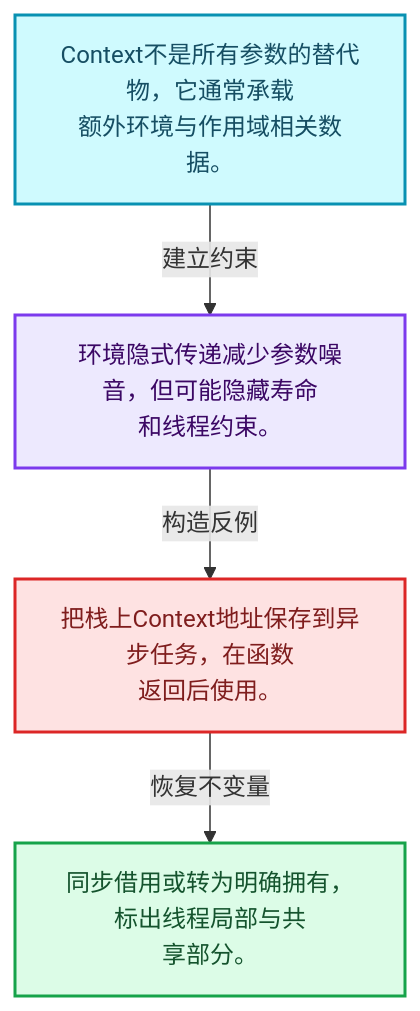
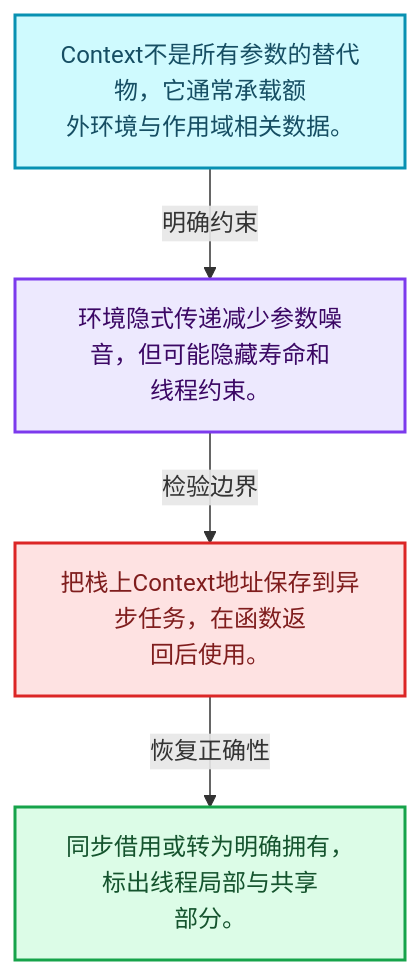
The first of 4 diagrams in 杂/markdown/全面学习-codex/07-MultiFunction与批量执行/05-Context与临时资源.md (yunkezengren/blender-.vscode), drawn with Mermaid before and after one commit. The commit also changed other lines of this file and 1930 other files, not shown here.

````diff
--- a/杂/markdown/全面学习-codex/07-MultiFunction与批量执行/05-Context与临时资源.md
+++ b/杂/markdown/全面学习-codex/07-MultiFunction与批量执行/05-Context与临时资源.md
@@ -29,16 +29,16 @@
 ```mermaid
 flowchart TB
-  M["Context不是所有参数的替代物，它通常承载<br/>额外环境与作用域相关数据。"]:::data
-  T["环境隐式传递减少参数噪音，但可能隐藏寿命<br/>和线程约束。"]:::abstraction
-  X["把栈上Context地址保存到异步任务，在函数<br/>返回后使用。"]:::error
-  A["同步借用或转为明确拥有，标出线程局部与共<br/>享部分。"]:::result
-  M -->|"建立约束"| T
-  T -->|"构造反例"| X
-  X -->|"恢复不变量"| A
+  M["Context不是所有参数的替代物，它通常承载额<br/>外环境与作用域相关数据。"]:::data
+  C["环境隐式传递减少参数噪音，但可能隐藏寿命和<br/>线程约束。"]:::abstraction
+  B["把栈上Context地址保存到异步任务，在函数返<br/>回后使用。"]:::error
+  R["同步借用或转为明确拥有，标出线程局部与共享<br/>部分。"]:::result
+  M -->|"明确约束"| C
+  C -->|"检验边界"| B
+  B -->|"恢复正确性"| R
   classDef input fill:#DBEAFE,stroke:#2563EB,color:#172554,stroke-width:2px;
   classDef data fill:#CFFAFE,stroke:#0891B2,color:#164E63,stroke-width:2px;
   classDef abstraction fill:#EDE9FE,stroke:#7C3AED,color:#3B0764,stroke-width:2px;
   classDef compute fill:#FEF3C7,stroke:#D97706,color:#78350F,stroke-width:2px;
   classDef result fill:#DCFCE7,stroke:#16A34A,color:#14532D,stroke-width:2px;
   classDef error fill:#FEE2E2,stroke:#DC2626,color:#7F1D1D,stroke-width:2px;
 ```
````
